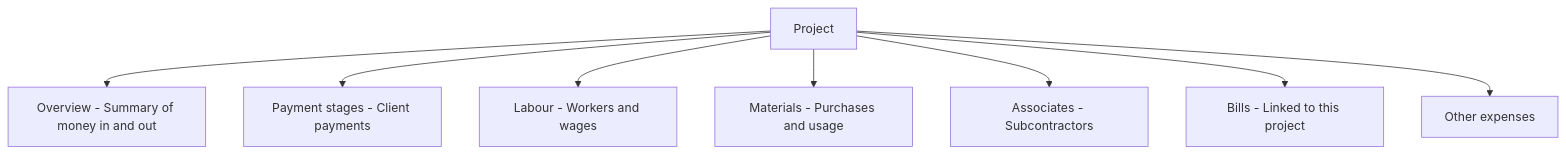
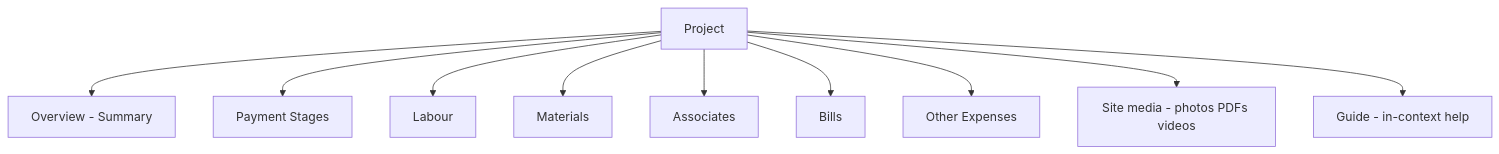
The fourth of 10 diagrams in docs/USER_GUIDE.md (mishabcp/buildops), drawn with Mermaid before and after one commit. The commit also changed other lines of this file and 45 other files, not shown here.

First line of the commit message:
Add site media uploads

````diff
--- a/docs/USER_GUIDE.md
+++ b/docs/USER_GUIDE.md
@@ -70,10 +83,12 @@
 ```mermaid
 flowchart TB
-  Project[Project] --> Overview[Overview - Summary of money in and out]
-  Project --> Stages[Payment stages - Client payments]
-  Project --> Labour[Labour - Workers and wages]
-  Project --> Materials[Materials - Purchases and usage]
-  Project --> Associates[Associates - Subcontractors]
-  Project --> Bills[Bills - Linked to this project]
-  Project --> Expenses[Other expenses]
+  Project[Project] --> Overview[Overview - Summary]
+  Project --> Stages[Payment Stages]
+  Project --> Labour[Labour]
+  Project --> Materials[Materials]
+  Project --> Associates[Associates]
+  Project --> Bills[Bills]
+  Project --> Expenses[Other Expenses]
+  Project --> SiteMedia[Site media - photos PDFs videos]
+  Project --> GuideTab[Guide - in-context help]
 ```
````
